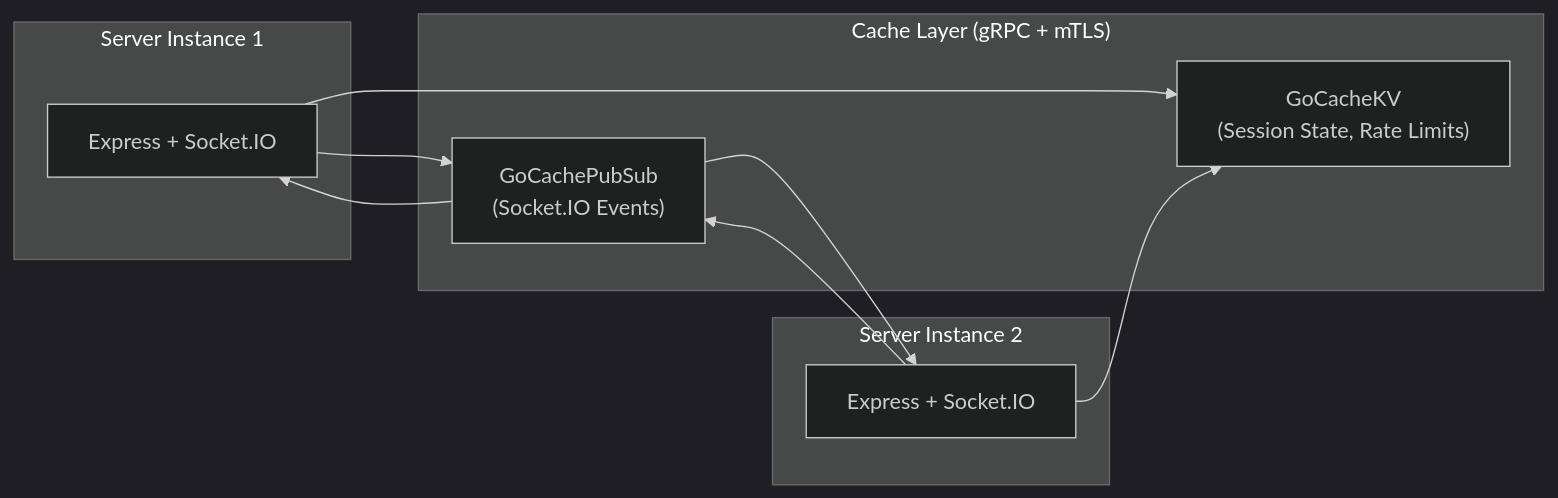
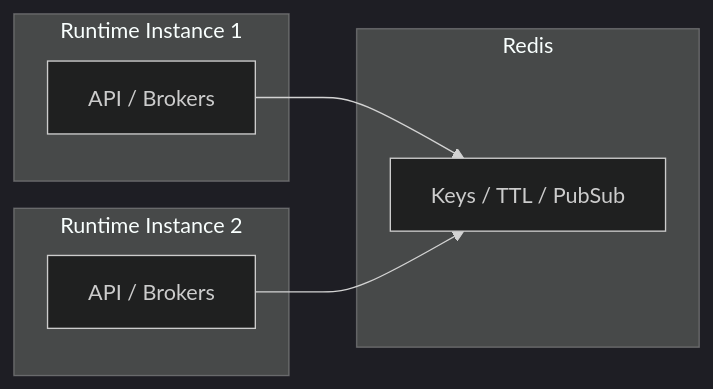
The ninth of 11 diagrams in docs/architecture.md (dnviti/arsenale), drawn with Mermaid (dark theme) before and after one commit. The commit also changed other lines of this file and 300 other files, not shown here.

````diff
--- a/docs/architecture.md
+++ b/docs/architecture.md
@@ -279,22 +283,17 @@
 ```mermaid
 flowchart LR
-    subgraph Instance1["Server Instance 1"]
-        S1["Express + Socket.IO"]
+    subgraph Instance1["Runtime Instance 1"]
+        S1["API / Brokers"]
     end
 
-    subgraph Instance2["Server Instance 2"]
-        S2["Express + Socket.IO"]
+    subgraph Instance2["Runtime Instance 2"]
+        S2["API / Brokers"]
     end
 
-    subgraph Cache["Cache Layer (gRPC + mTLS)"]
-        KV["GoCacheKV\n(Session State, Rate Limits)"]
-        PubSub["GoCachePubSub\n(Socket.IO Events)"]
+    subgraph Cache["Redis"]
+        KV["Keys / TTL / PubSub"]
     end
 
     S1 --> KV
     S2 --> KV
-    S1 --> PubSub
-    S2 --> PubSub
-    PubSub --> S1
-    PubSub --> S2
 ```
````
